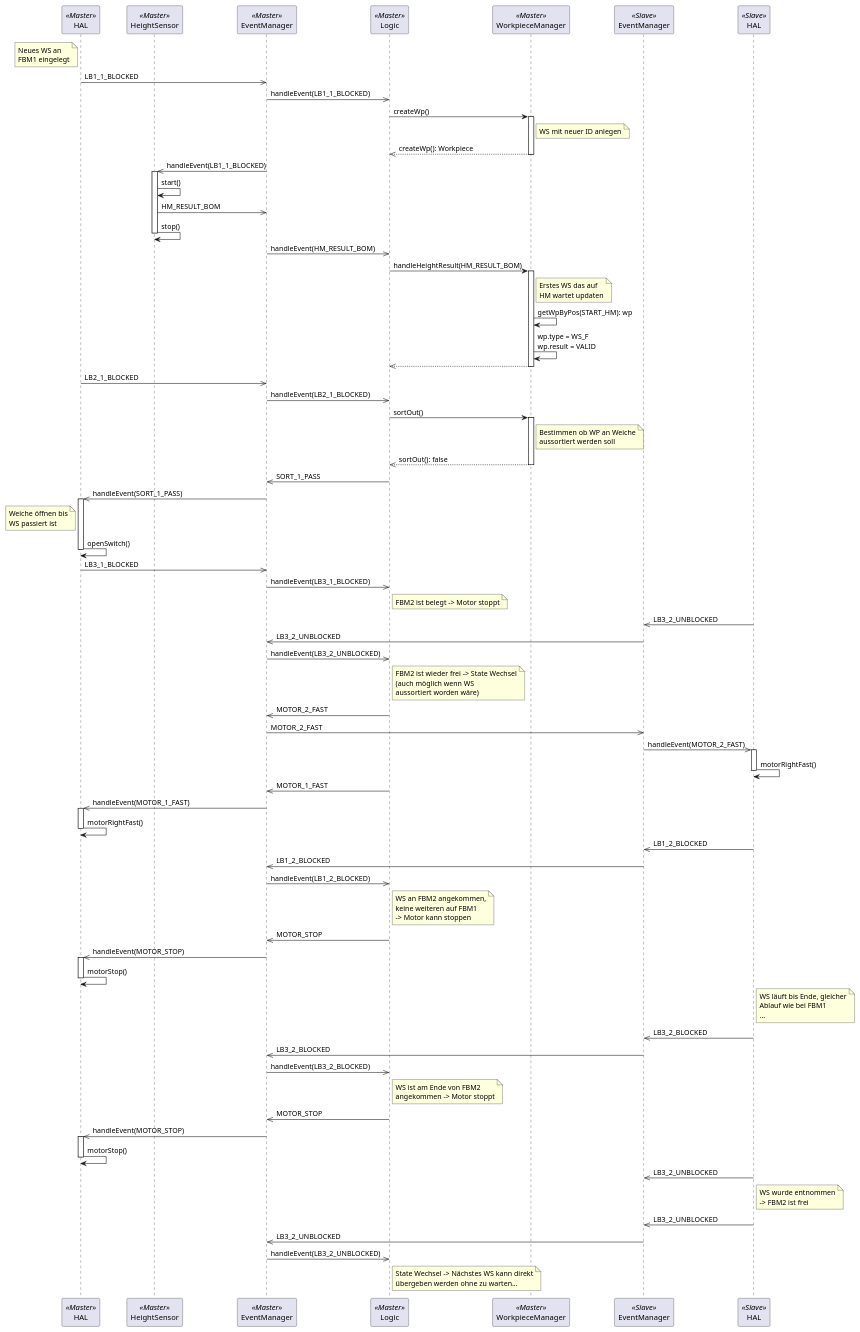
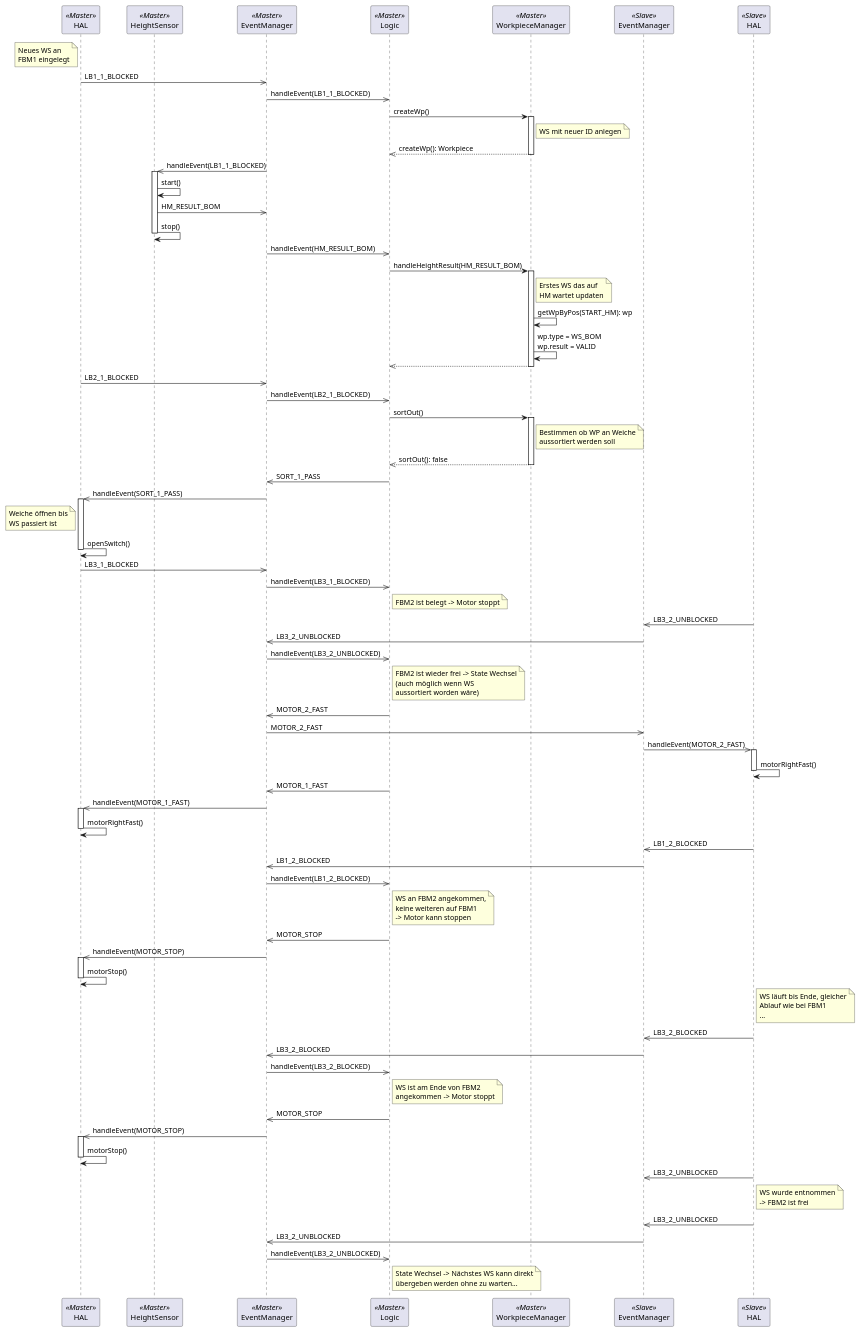
Before and after one commit to u2knwy/ESEP-2023SoSe-Team-2-1: the diagram in docs/diagrams/sequence/sort_ok.puml, drawn with PlantUML. The commit also changed 1 other file, not shown here.

Commit message:
Fix another error in diagram

```diff
--- a/docs/diagrams/sequence/sort_ok.puml
+++ b/docs/diagrams/sequence/sort_ok.puml
@@ -1,94 +1,94 @@
 @startuml
 participant "HAL" as HAL_M << Master >>
 participant "HeightSensor" as HM_M << Master >>
 participant "EventManager" as EVM_M << Master >>
 participant "Logic" as Logic << Master >>
 participant "WorkpieceManager" as WPM << Master >>
 participant "EventManager" as EVM_S << Slave >>
 participant "HAL" as HAL_S << Slave >>
 
 note left of HAL_M : Neues WS an\nFBM1 eingelegt
 HAL_M ->> EVM_M : LB1_1_BLOCKED
 EVM_M ->> Logic : handleEvent(LB1_1_BLOCKED)
 Logic -> WPM : createWp()
 note right of WPM : WS mit neuer ID anlegen
 activate WPM
 WPM -->> Logic : createWp(): Workpiece
 deactivate WPM
 EVM_M ->> HM_M : handleEvent(LB1_1_BLOCKED)
 activate HM_M
 HM_M -> HM_M : start()
 HM_M ->> EVM_M : HM_RESULT_BOM
 HM_M -> HM_M : stop()
 deactivate HM_M
 EVM_M ->> Logic : handleEvent(HM_RESULT_BOM)
 Logic -> WPM : handleHeightResult(HM_RESULT_BOM)
 activate WPM
 note right of WPM : Erstes WS das auf\nHM wartet updaten
 WPM -> WPM : getWpByPos(START_HM): wp
-WPM -> WPM : wp.type = WS_F\nwp.result = VALID
+WPM -> WPM : wp.type = WS_BOM\nwp.result = VALID
 WPM -->> Logic
 deactivate WPM
 
 HAL_M ->> EVM_M : LB2_1_BLOCKED
 EVM_M ->> Logic : handleEvent(LB2_1_BLOCKED)
 Logic -> WPM : sortOut()
 activate WPM
 note right of WPM : Bestimmen ob WP an Weiche\naussortiert werden soll
 WPM -->> Logic : sortOut(): false
 deactivate WPM
 Logic ->> EVM_M : SORT_1_PASS
 EVM_M ->> HAL_M : handleEvent(SORT_1_PASS)
 note left of HAL_M : Weiche öffnen bis\nWS passiert ist
 activate HAL_M
 HAL_M -> HAL_M : openSwitch()
 deactivate HAL_M
 HAL_M ->> EVM_M : LB3_1_BLOCKED
 EVM_M ->> Logic : handleEvent(LB3_1_BLOCKED)
 note right of Logic : FBM2 ist belegt -> Motor stoppt
 HAL_S ->> EVM_S : LB3_2_UNBLOCKED
 EVM_S ->> EVM_M : LB3_2_UNBLOCKED
 EVM_M ->> Logic : handleEvent(LB3_2_UNBLOCKED)
 note right of Logic : FBM2 ist wieder frei -> State Wechsel\n(auch möglich wenn WS\naussortiert worden wäre)
 Logic ->> EVM_M : MOTOR_2_FAST
 EVM_M ->> EVM_S : MOTOR_2_FAST
 EVM_S ->> HAL_S : handleEvent(MOTOR_2_FAST)
 activate HAL_S
 HAL_S -> HAL_S : motorRightFast()
 deactivate HAL_S
 Logic ->> EVM_M : MOTOR_1_FAST
 EVM_M ->> HAL_M : handleEvent(MOTOR_1_FAST)
 activate HAL_M
 HAL_M -> HAL_M : motorRightFast()
 deactivate HAL_M
 
 ' WS an FBM2 angekommen -> 
 HAL_S ->> EVM_S : LB1_2_BLOCKED
 EVM_S ->> EVM_M : LB1_2_BLOCKED
 EVM_M ->> Logic : handleEvent(LB1_2_BLOCKED)
 note right of Logic : WS an FBM2 angekommen,\nkeine weiteren auf FBM1\n-> Motor kann stoppen
 Logic ->> EVM_M : MOTOR_STOP
 EVM_M ->> HAL_M : handleEvent(MOTOR_STOP)
 activate HAL_M
 HAL_M -> HAL_M : motorStop()
 deactivate HAL_M
 
 note right of HAL_S : WS läuft bis Ende, gleicher\nAblauf wie bei FBM1\n...
 HAL_S ->> EVM_S : LB3_2_BLOCKED
 EVM_S ->> EVM_M : LB3_2_BLOCKED
 EVM_M ->> Logic : handleEvent(LB3_2_BLOCKED)
 note right of Logic : WS ist am Ende von FBM2\nangekommen -> Motor stoppt
 Logic ->> EVM_M : MOTOR_STOP
 EVM_M ->> HAL_M : handleEvent(MOTOR_STOP)
 activate HAL_M
 HAL_M -> HAL_M : motorStop()
 deactivate HAL_M
 
 HAL_S ->> EVM_S : LB3_2_UNBLOCKED
 note right of HAL_S : WS wurde entnommen\n-> FBM2 ist frei
 HAL_S ->> EVM_S : LB3_2_UNBLOCKED
 EVM_S ->> EVM_M : LB3_2_UNBLOCKED
 EVM_M ->> Logic : handleEvent(LB3_2_UNBLOCKED)
 note right of Logic : State Wechsel -> Nächstes WS kann direkt\nübergeben werden ohne zu warten...
 
 @enduml
```
